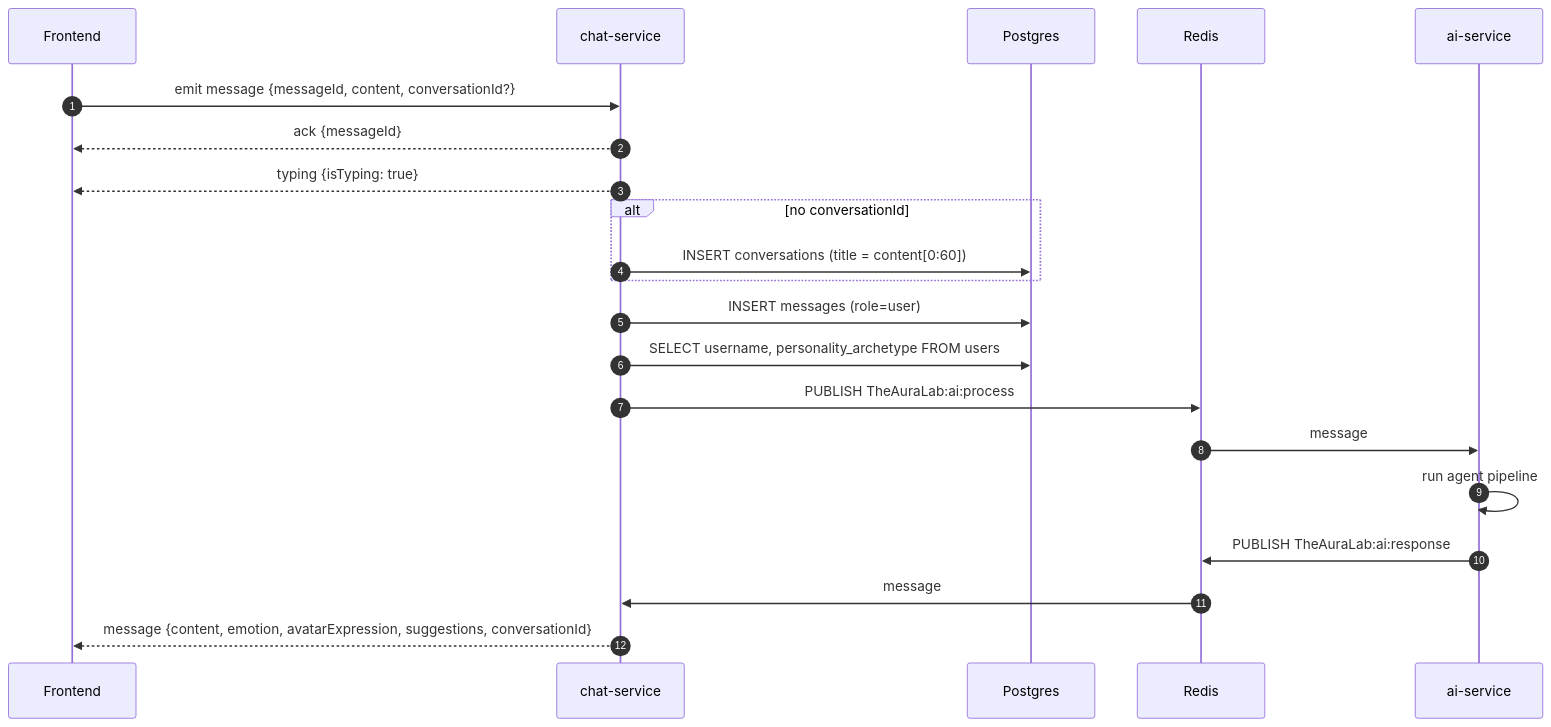
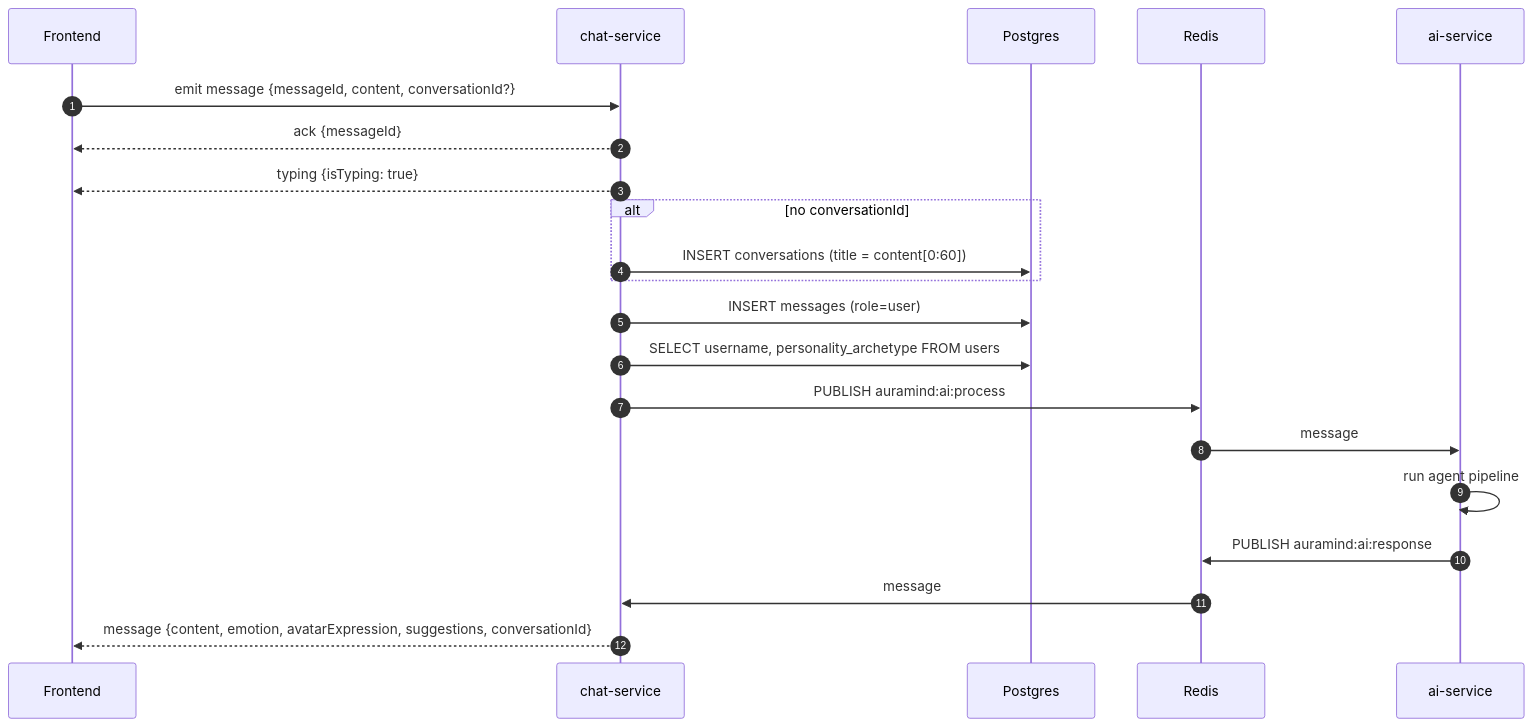
The third of 4 diagrams in services/chat-service/README.md (master-node1/the-aura-mind), drawn with Mermaid before and after one commit. The commit also changed other lines of this file and 37 other files, not shown here.

````diff
--- a/services/chat-service/README.md
+++ b/services/chat-service/README.md
@@ -173,23 +173,23 @@
 ```mermaid
 sequenceDiagram
     autonumber
     participant FE as Frontend
     participant CS as chat-service
     participant DB as Postgres
     participant R as Redis
     participant AI as ai-service
     FE->>CS: emit message {messageId, content, conversationId?}
     CS-->>FE: ack {messageId}
     CS-->>FE: typing {isTyping: true}
     alt no conversationId
         CS->>DB: INSERT conversations (title = content[0:60])
     end
     CS->>DB: INSERT messages (role=user)
     CS->>DB: SELECT username, personality_archetype FROM users
-    CS->>R: PUBLISH TheAuraLab:ai:process
+    CS->>R: PUBLISH auramind:ai:process
     R->>AI: message
     AI->>AI: run agent pipeline
-    AI->>R: PUBLISH TheAuraLab:ai:response
+    AI->>R: PUBLISH auramind:ai:response
     R->>CS: message
     CS-->>FE: message {content, emotion, avatarExpression, suggestions, conversationId}
 ```
````
